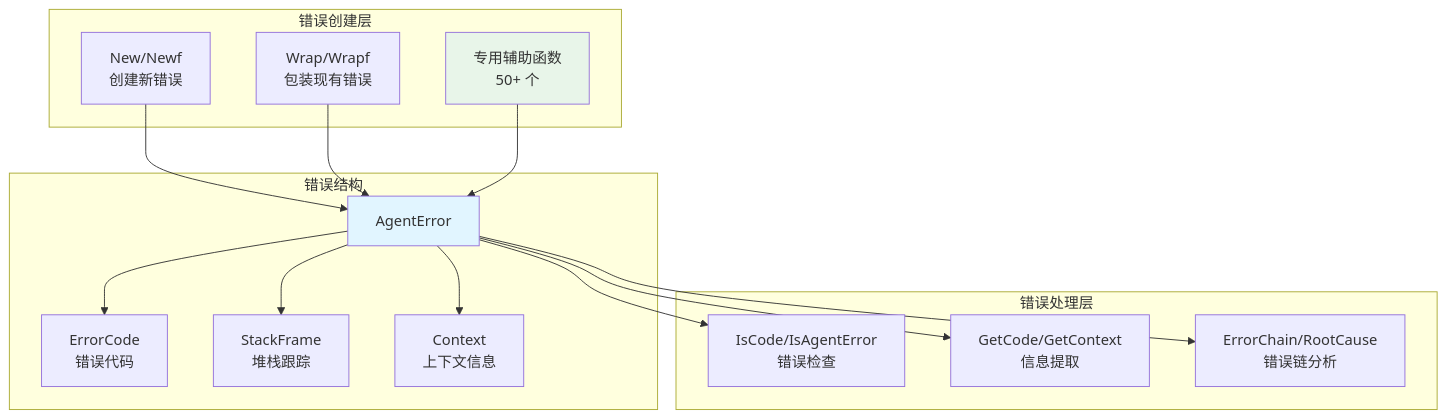
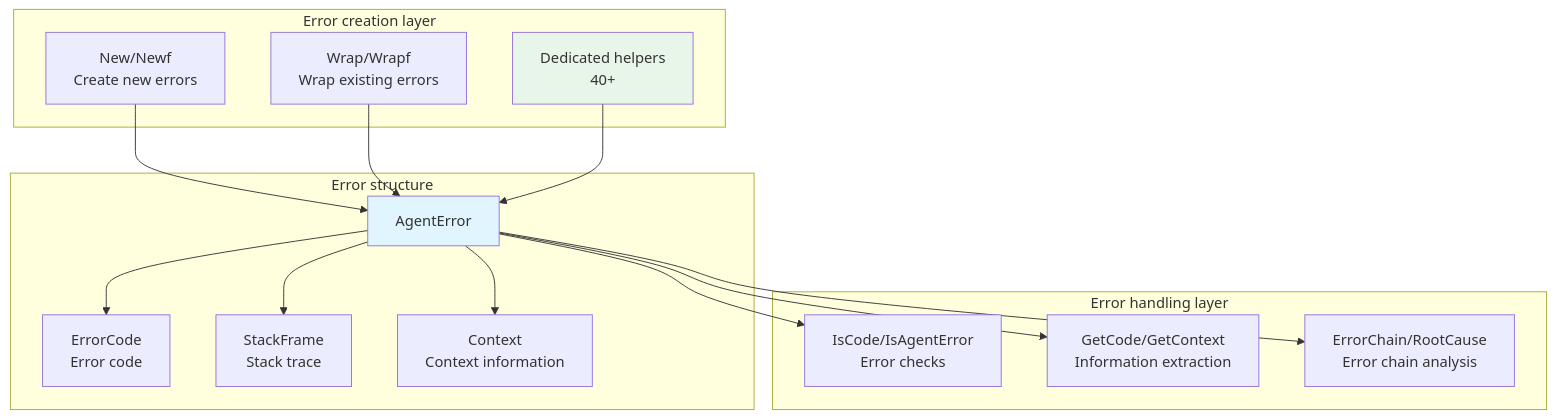
The first of 2 diagrams in errors/README.md (kart-io/goagent), drawn with Mermaid before and after one commit. The commit also changed other lines of this file and 52 other files, not shown here.

````diff
--- a/errors/README.md
+++ b/errors/README.md
@@ -35,34 +37,34 @@
 ```mermaid
 graph TB
-    subgraph "错误创建层"
-        New[New/Newf<br/>创建新错误]
-        Wrap[Wrap/Wrapf<br/>包装现有错误]
-        Helpers[专用辅助函数<br/>50+ 个]
+    subgraph "Error creation layer"
+        New[New/Newf<br/>Create new errors]
+        Wrap[Wrap/Wrapf<br/>Wrap existing errors]
+        Helpers[Dedicated helpers<br/>40+]
     end
 
-    subgraph "错误结构"
+    subgraph "Error structure"
         AE[AgentError]
-        Code[ErrorCode<br/>错误代码]
-        Stack[StackFrame<br/>堆栈跟踪]
-        Context[Context<br/>上下文信息]
+        Code[ErrorCode<br/>Error code]
+        Stack[StackFrame<br/>Stack trace]
+        Context[Context<br/>Context information]
     end
 
-    subgraph "错误处理层"
-        Check[IsCode/IsAgentError<br/>错误检查]
-        Extract[GetCode/GetContext<br/>信息提取]
-        Chain[ErrorChain/RootCause<br/>错误链分析]
+    subgraph "Error handling layer"
+        Check[IsCode/IsAgentError<br/>Error checks]
+        Extract[GetCode/GetContext<br/>Information extraction]
+        Chain[ErrorChain/RootCause<br/>Error chain analysis]
     end
 
     New --> AE
     Wrap --> AE
     Helpers --> AE
     AE --> Code
     AE --> Stack
     AE --> Context
     AE --> Check
     AE --> Extract
     AE --> Chain
 
     style AE fill:#e1f5ff
     style Helpers fill:#e8f5e9
 ```
````
